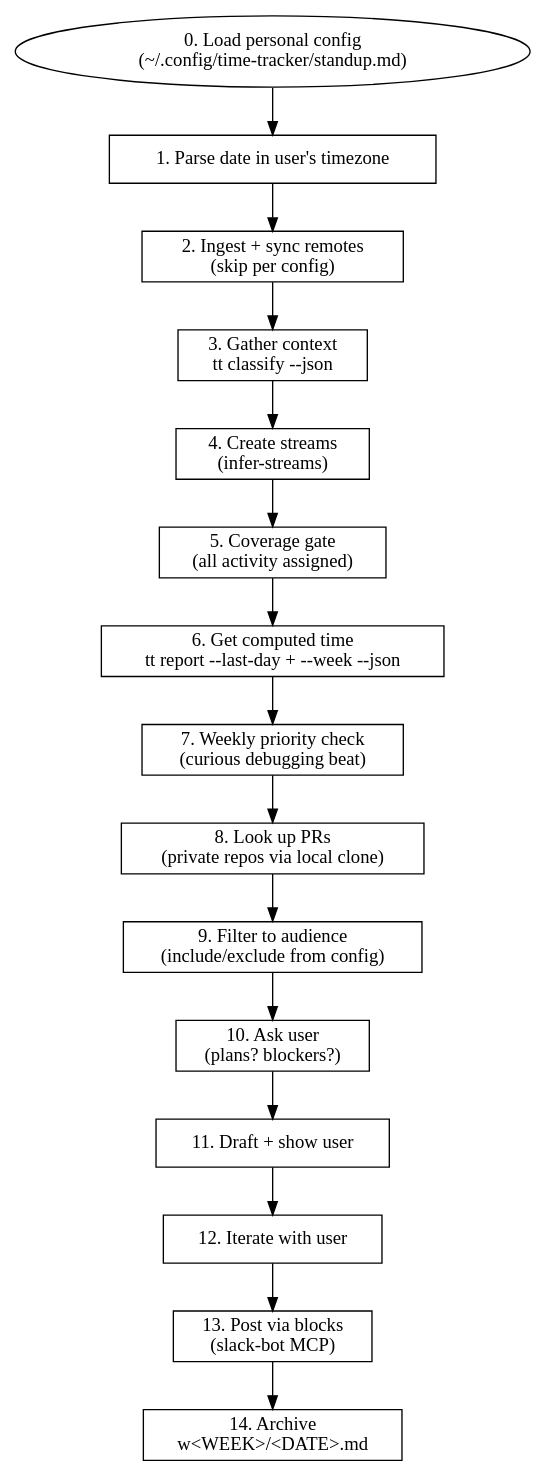
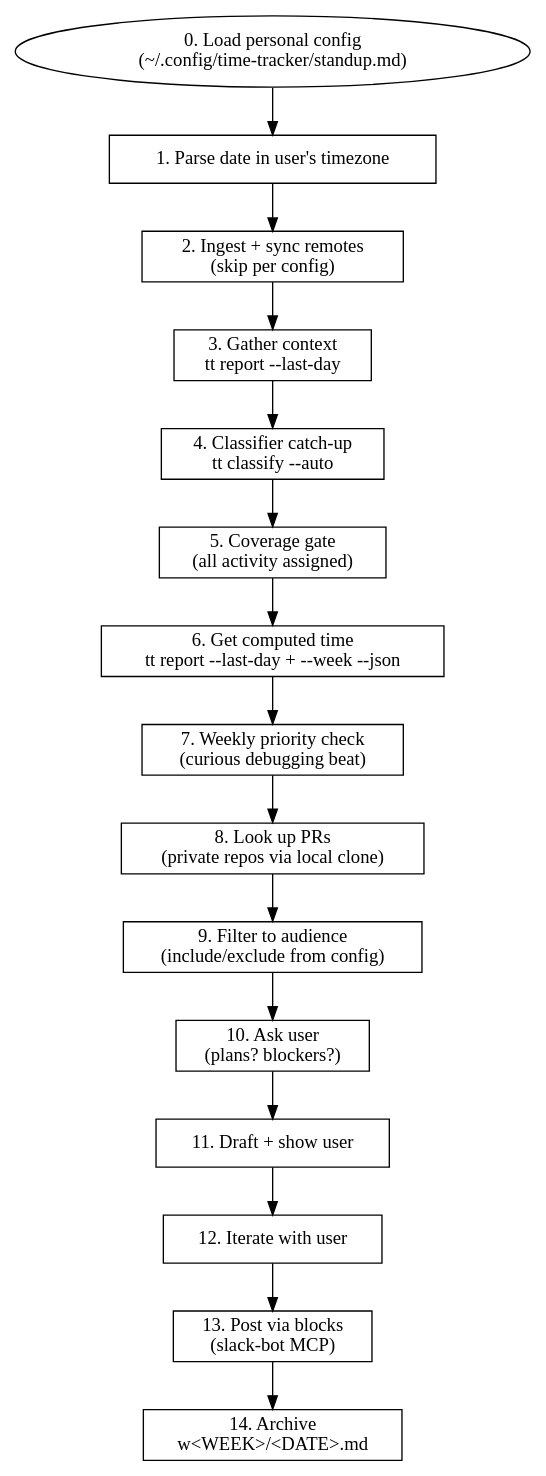
Before and after one commit to sjawhar/time-tracker: the diagram in .opencode/skills/daily-standup/SKILL.md, drawn with Graphviz. The commit also changed other lines of this file and 255 other files, not shown here.

````diff
--- a/.opencode/skills/daily-standup/SKILL.md
+++ b/.opencode/skills/daily-standup/SKILL.md
@@ -70,24 +71,24 @@
 ```dot
 digraph standup {
   rankdir=TB;
   node [shape=box];
 
   cfg [label="0. Load personal config\n(~/.config/time-tracker/standup.md)" shape=ellipse];
   start [label="1. Parse date in user's timezone"];
   ingest [label="2. Ingest + sync remotes\n(skip per config)"];
-  gather [label="3. Gather context\ntt classify --json"];
-  analyze [label="4. Create streams\n(infer-streams)"];
+  gather [label="3. Gather context\ntt report --last-day"];
+  analyze [label="4. Classifier catch-up\ntt classify --auto"];
   coverage [label="5. Coverage gate\n(all activity assigned)"];
   compute [label="6. Get computed time\ntt report --last-day + --week --json"];
   prio [label="7. Weekly priority check\n(curious debugging beat)"];
   prs [label="8. Look up PRs\n(private repos via local clone)"];
   filter [label="9. Filter to audience\n(include/exclude from config)"];
   ask [label="10. Ask user\n(plans? blockers?)"];
   draft [label="11. Draft + show user"];
   iterate [label="12. Iterate with user"];
   post [label="13. Post via blocks\n(slack-bot MCP)"];
   archive [label="14. Archive\nw<WEEK>/<DATE>.md"];
 
   cfg -> start -> ingest -> gather -> analyze -> coverage -> compute -> prio -> prs -> filter -> ask -> draft -> iterate -> post -> archive;
 }
 ```
````
